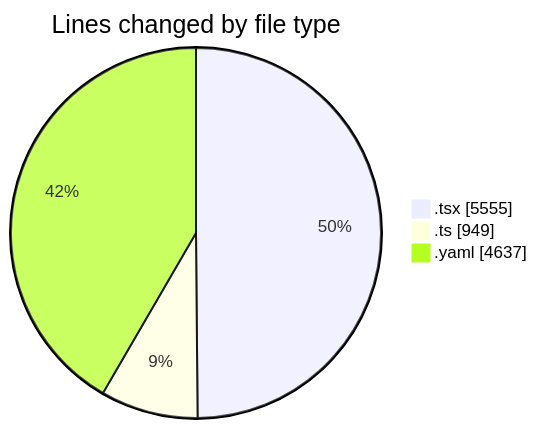
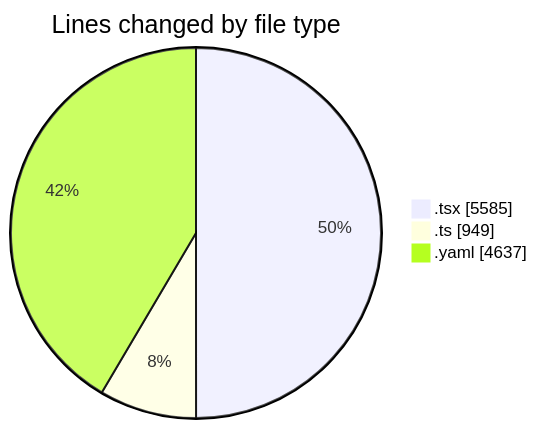
Before and after one commit to julien-gomy/code-tracking: the first of 2 diagrams in 2025-10-13/eventscop-frontend-guide__workspace_/README.md, drawn with Mermaid. The commit also changed other lines of this file and 1 other file, not shown here.

````diff
--- a/2025-10-13/eventscop-frontend-guide__workspace_/README.md
+++ b/2025-10-13/eventscop-frontend-guide__workspace_/README.md
@@ -48,7 +48,7 @@
 ```mermaid
 pie showData
 title Lines changed by file type
-".tsx" : 5555
+".tsx" : 5585
 ".ts" : 949
 ".yaml" : 4637
 ```
````
